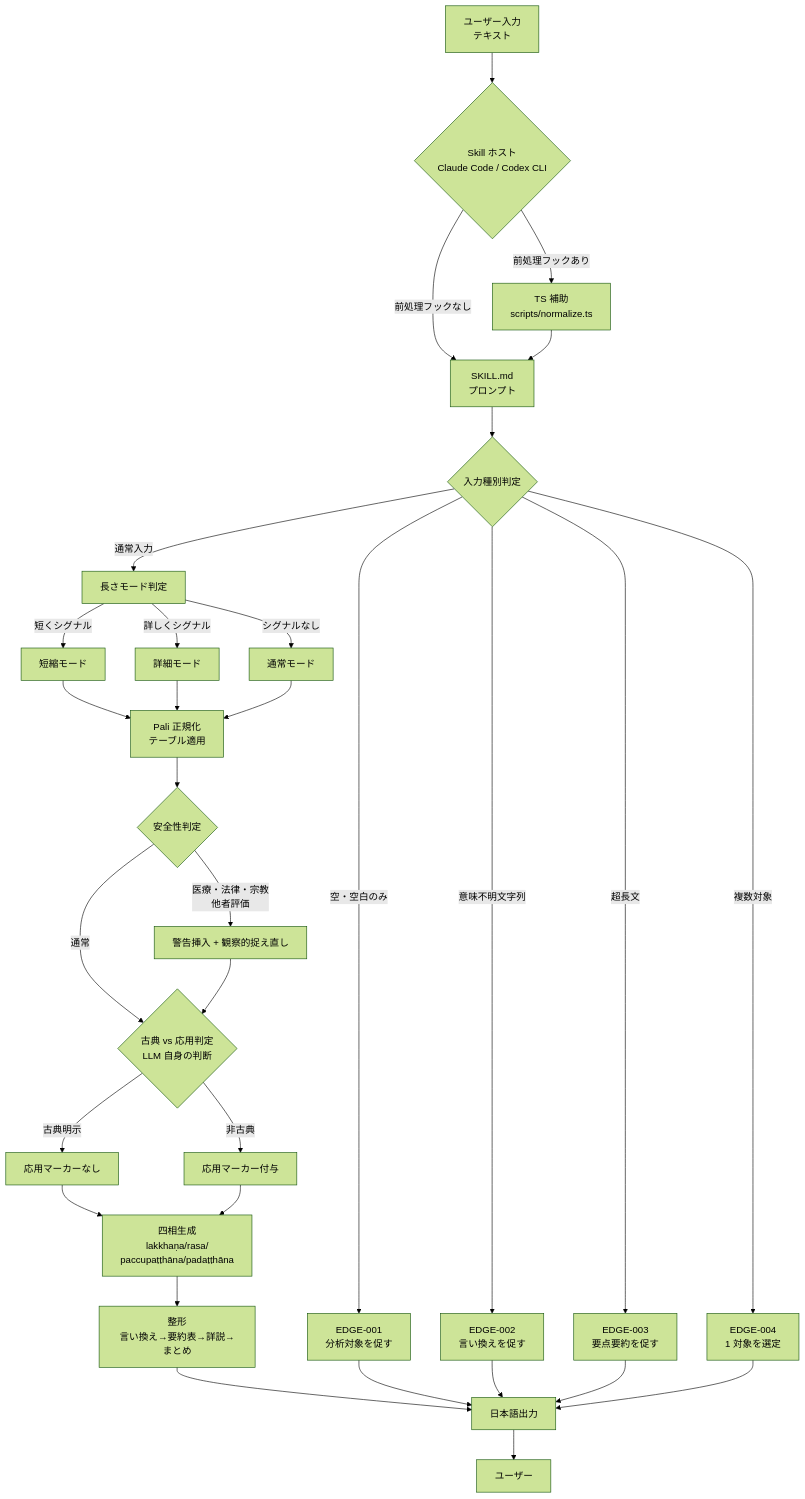
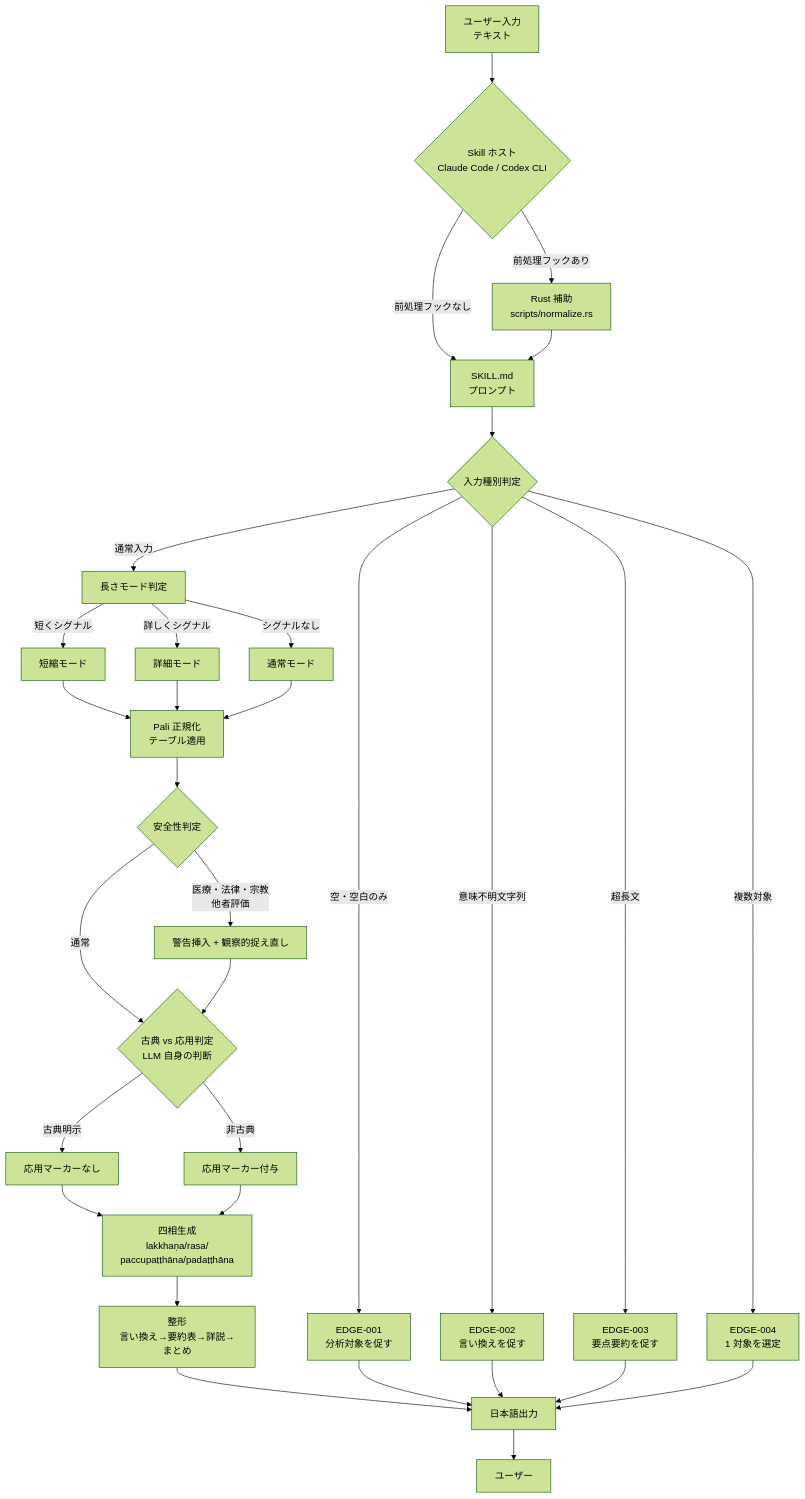
The first of 10 diagrams in docs/design/lakkhanadi-catukka-analytics-requirements/dataflow.md (seiei-sogen/lakkhanadi-catukka-analytics), drawn with Mermaid (forest theme) before and after one commit. The commit also changed other lines of this file and 30 other files, not shown here.

````diff
--- a/docs/design/lakkhanadi-catukka-analytics-requirements/dataflow.md
+++ b/docs/design/lakkhanadi-catukka-analytics-requirements/dataflow.md
@@ -18,35 +18,35 @@
 ```mermaid
 flowchart TD
     U[ユーザー入力<br/>テキスト] --> H{Skill ホスト<br/>Claude Code / Codex CLI}
-    H -->|前処理フックあり| N1[TS 補助<br/>scripts/normalize.ts]
+    H -->|前処理フックあり| N1[Rust 補助<br/>scripts/normalize.rs]
     H -->|前処理フックなし| S
     N1 --> S[SKILL.md<br/>プロンプト]
     S --> A1{入力種別判定}
 
     A1 -->|空・空白のみ| E1[EDGE-001<br/>分析対象を促す]
     A1 -->|意味不明文字列| E2[EDGE-002<br/>言い換えを促す]
     A1 -->|超長文| E3[EDGE-003<br/>要点要約を促す]
     A1 -->|複数対象| E4[EDGE-004<br/>1 対象を選定]
     A1 -->|通常入力| L[長さモード判定]
 
     L -->|短くシグナル| LS[短縮モード]
     L -->|詳しくシグナル| LD[詳細モード]
     L -->|シグナルなし| LN[通常モード]
 
     LS & LD & LN --> NM[Pali 正規化<br/>テーブル適用]
     NM --> SF{安全性判定}
 
     SF -->|医療・法律・宗教<br/>他者評価| W[警告挿入 + 観察的捉え直し]
     SF -->|通常| C{古典 vs 応用判定<br/>LLM 自身の判断}
 
     W --> C
     C -->|古典明示| AN1[応用マーカーなし]
     C -->|非古典| AN2[応用マーカー付与]
 
     AN1 & AN2 --> G[四相生成<br/>lakkhaṇa/rasa/<br/>paccupaṭṭhāna/padaṭṭhāna]
     G --> F[整形<br/>言い換え→要約表→詳説→まとめ]
     F --> O[日本語出力]
 
     E1 & E2 & E3 & E4 --> O
     O --> U2[ユーザー]
 ```
````
